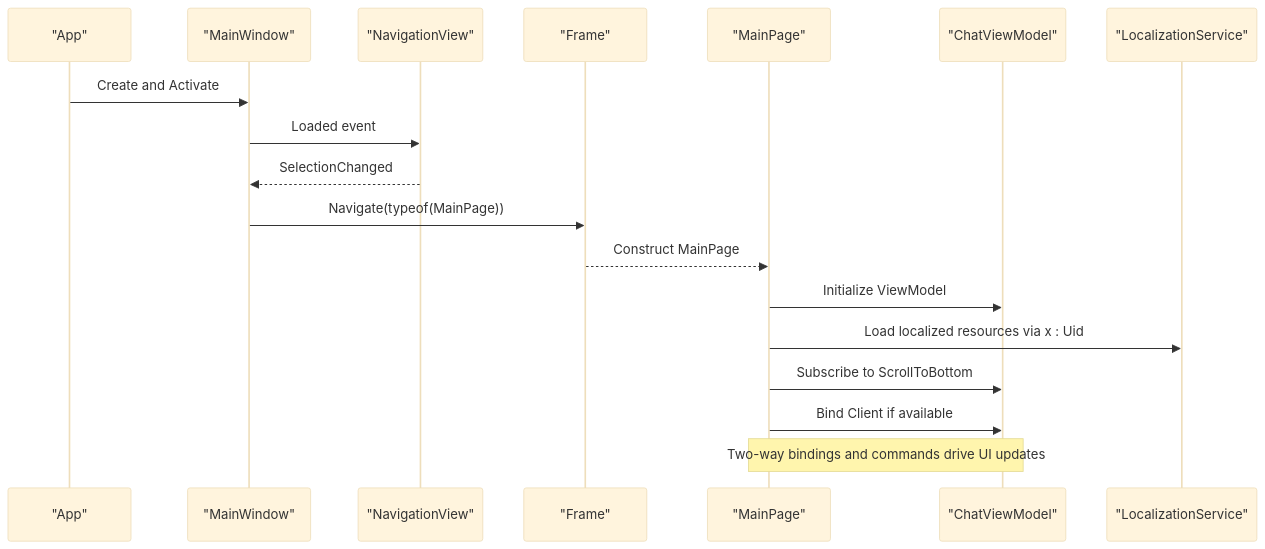
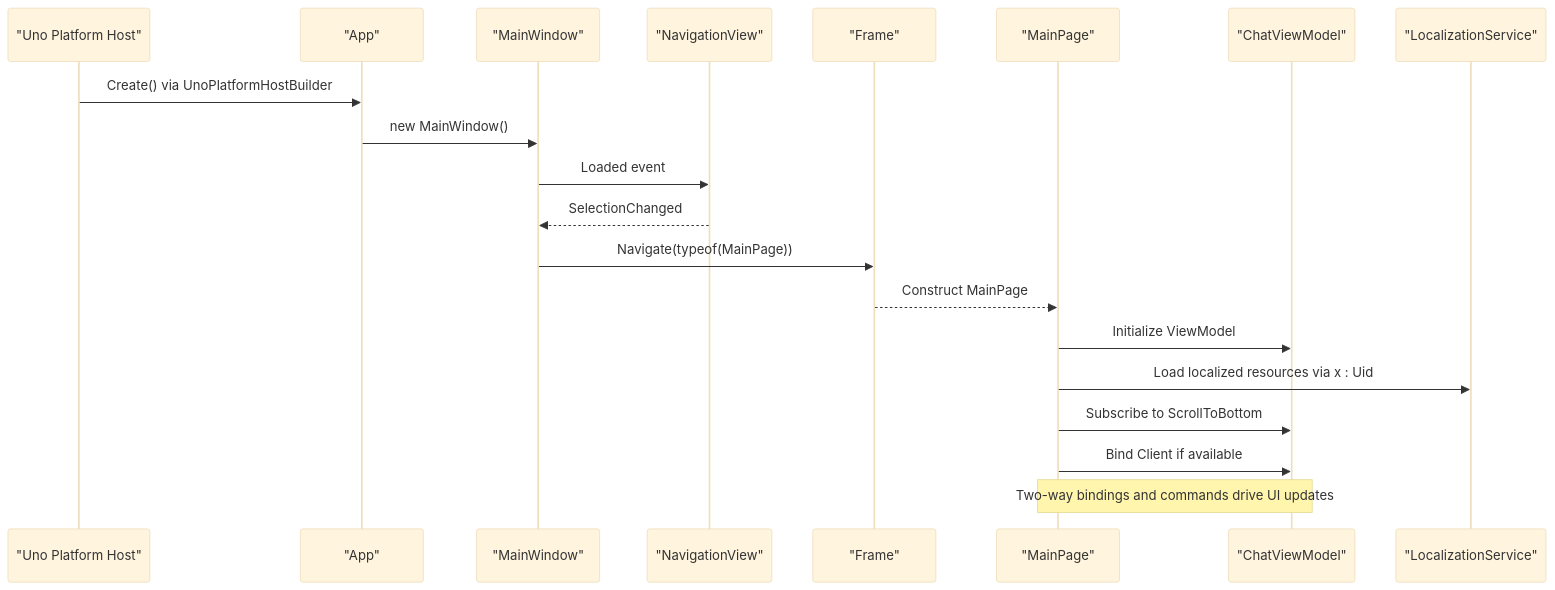
One commit to AgenticDesktop/App changed the second of 11 diagrams in .qoder/repowiki/en/content/Architecture Overview/UI Framework and Navigation.md. Above: the diagram before and after it, drawn with Mermaid (base theme). The commit also changed other lines of this file and 19 other files, not shown here.

````diff
--- a/.qoder/repowiki/en/content/Architecture Overview/UI Framework and Navigation.md
+++ b/.qoder/repowiki/en/content/Architecture Overview/UI Framework and Navigation.md
@@ -115,20 +125,22 @@
 ```mermaid
 sequenceDiagram
+participant Uno as "Uno Platform Host"
 participant App as "App"
 participant Win as "MainWindow"
 participant Nav as "NavigationView"
 participant Frame as "Frame"
 participant Page as "MainPage"
 participant VM as "ChatViewModel"
 participant Loc as "LocalizationService"
-App->>Win : Create and Activate
+Uno->>App : Create() via UnoPlatformHostBuilder
+App->>Win : new MainWindow()
 Win->>Nav : Loaded event
 Nav-->>Win : SelectionChanged
 Win->>Frame : Navigate(typeof(MainPage))
 Frame-->>Page : Construct MainPage
 Page->>VM : Initialize ViewModel
 Page->>Loc : Load localized resources via x : Uid
 Page->>VM : Subscribe to ScrollToBottom
 Page->>VM : Bind Client if available
 Note over Page,VM : Two-way bindings and commands drive UI updates
 ```
````
